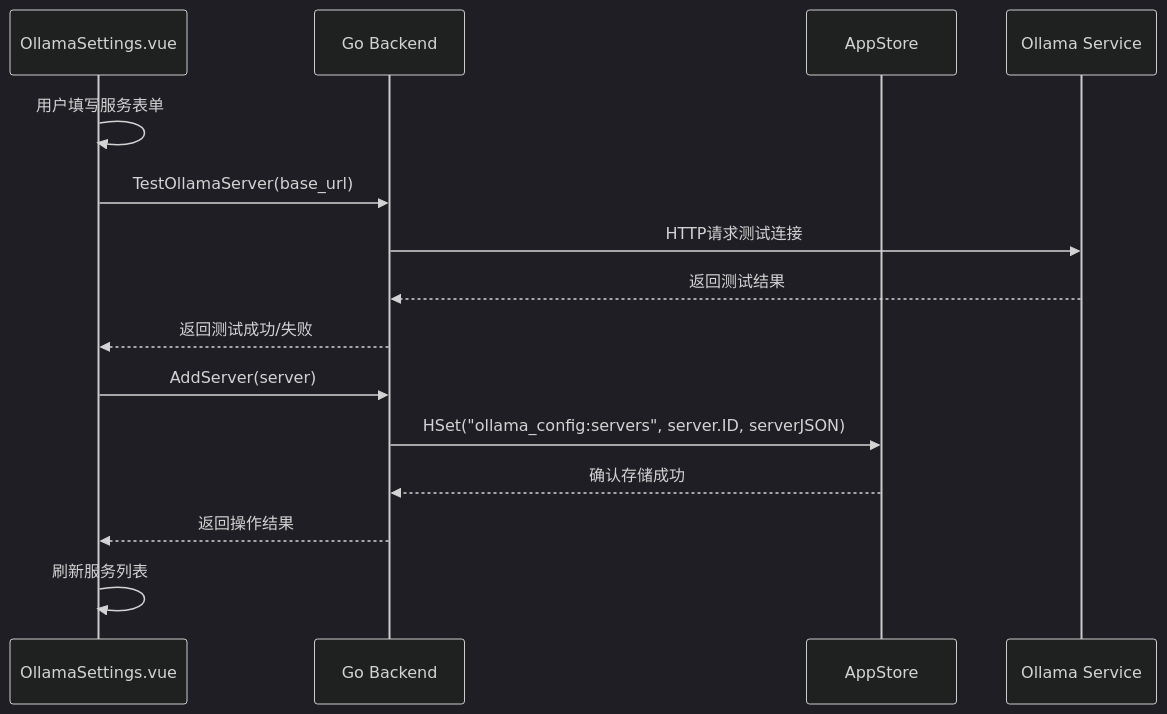
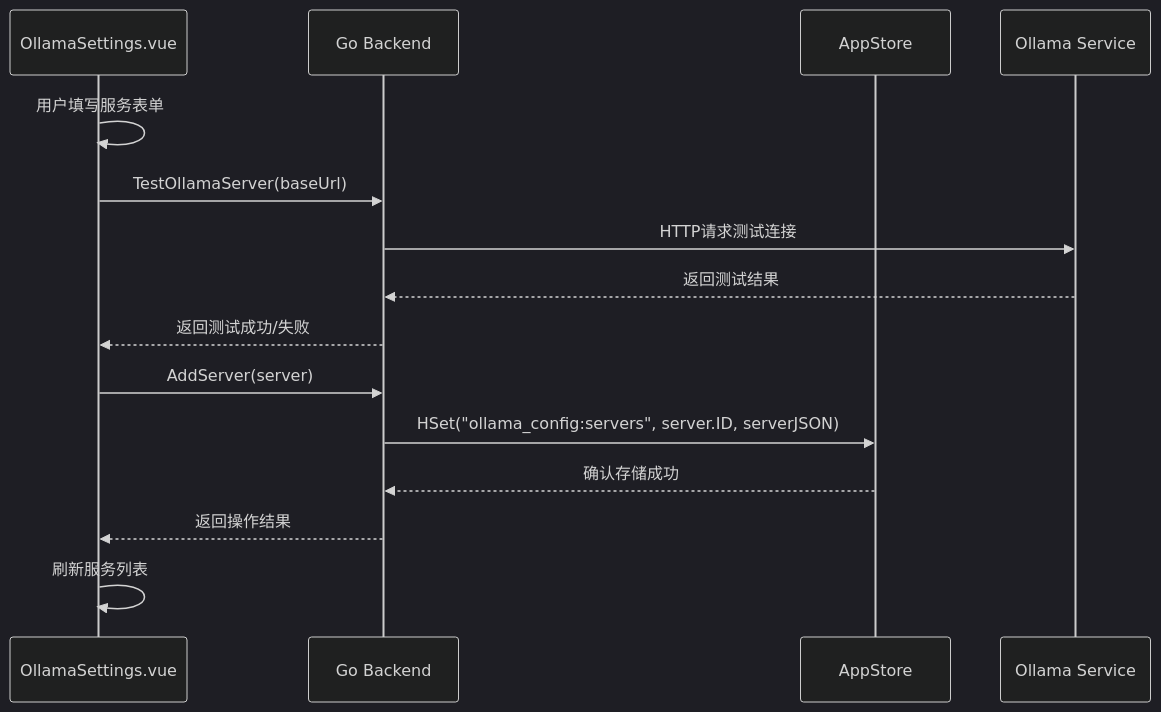
One commit to fzxs8/tools-ollama changed the second of 3 diagrams in docs/设计/ollama_settings/03.数据结构.md. Above: the diagram before and after it, drawn with Mermaid (dark theme). The commit also changed other lines of this file and 22 other files, not shown here.

````diff
--- a/docs/设计/ollama_settings/03.数据结构.md
+++ b/docs/设计/ollama_settings/03.数据结构.md
@@ -99,20 +99,20 @@
 ```mermaid
 sequenceDiagram
     participant Vue as OllamaSettings.vue
     participant Go as Go Backend
     participant Store as AppStore
     participant Ollama as Ollama Service
     
     Vue->>Vue: 用户填写服务表单
-    Vue->>Go: TestOllamaServer(base_url)
+    Vue->>Go: TestOllamaServer(baseUrl)
     Go->>Ollama: HTTP请求测试连接
     Ollama-->>Go: 返回测试结果
     Go-->>Vue: 返回测试成功/失败
     
     Vue->>Go: AddServer(server)
     Go->>Store: HSet("ollama_config:servers", server.ID, serverJSON)
     Store-->>Go: 确认存储成功
     Go-->>Vue: 返回操作结果
     
     Vue->>Vue: 刷新服务列表
 ```
````
